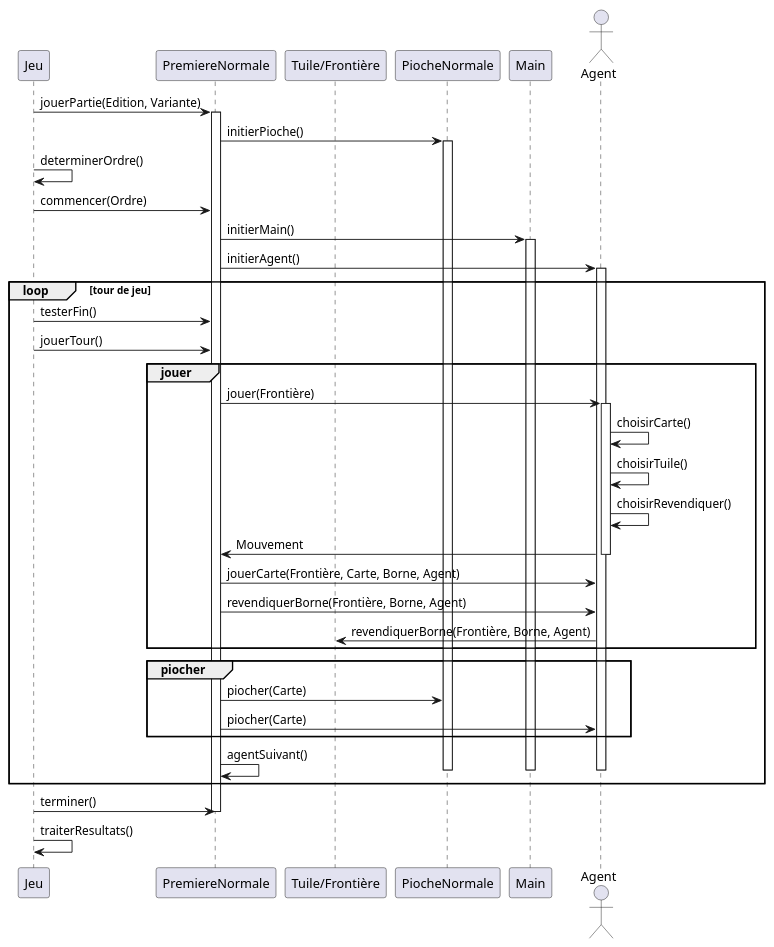
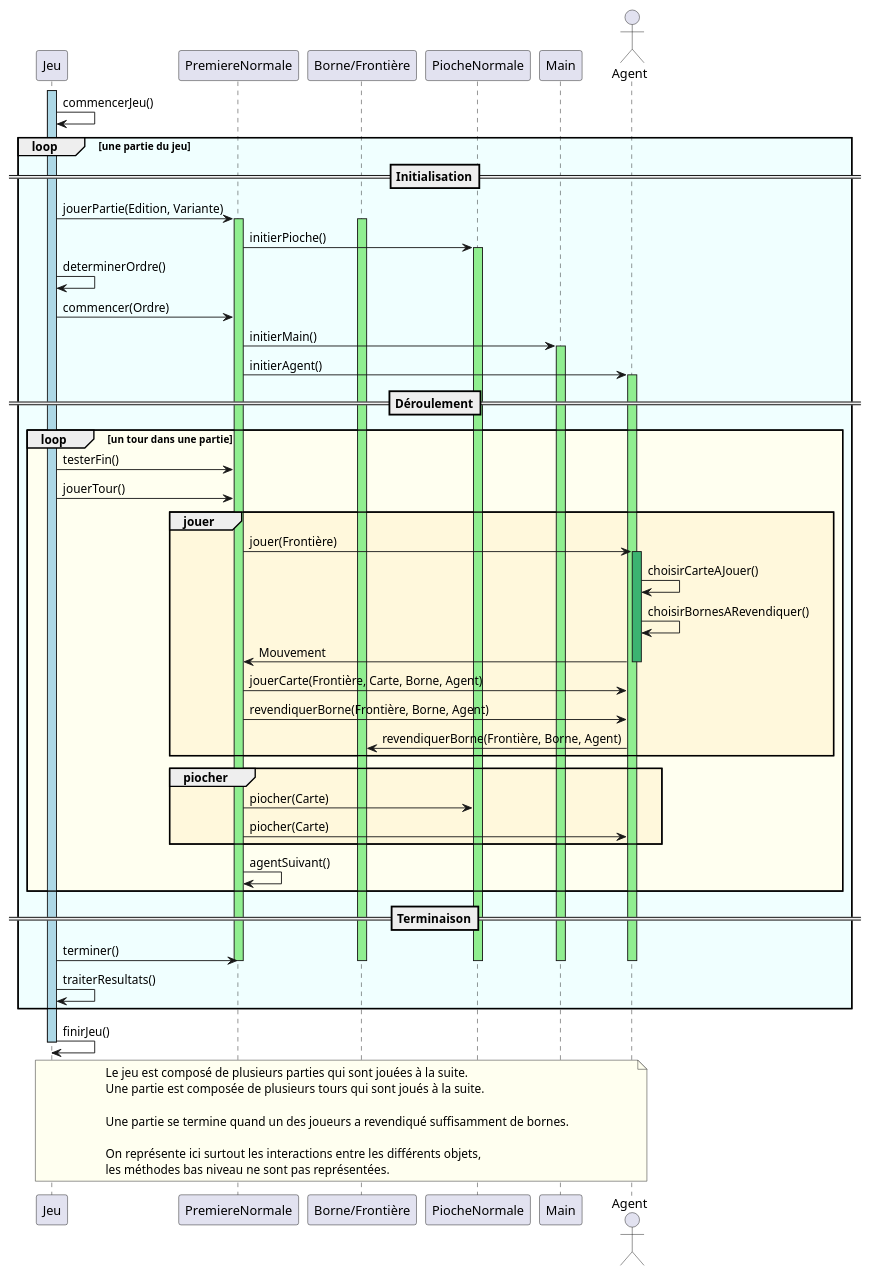
Before and after one commit to Ocean2356/SchottenTotten_OOP-Cpp: the diagram in plantuml/diagrammeDeSéquence.plantuml, drawn with PlantUML.

Commit message:
:memo: PlantUML

```diff
--- a/plantuml/diagrammeDeSéquence.plantuml
+++ b/plantuml/diagrammeDeSéquence.plantuml
@@ -1,54 +1,82 @@
 @startuml diagramme de séquence
 
 skinparam responseMessageBelowArrow true
 
 participant Jeu
 participant PremiereNormale
-participant "Tuile/Frontière" as Tuile
+participant "Borne/Frontière" as Tuile
 participant PiocheNormale
 participant Main
 actor Agent
 
-Jeu -> PremiereNormale: jouerPartie(Edition, Variante)
-activate PremiereNormale
-PremiereNormale -> PiocheNormale: initierPioche()
-activate PiocheNormale
-Jeu -> Jeu: determinerOrdre()
-Jeu -> PremiereNormale: commencer(Ordre)
-PremiereNormale -> Main: initierMain()
-activate Main
-PremiereNormale -> Agent: initierAgent()
-activate Agent
+activate Jeu #LightBlue
+Jeu -> Jeu: commencerJeu()
 
-loop tour de jeu
-    Jeu -> PremiereNormale: testerFin()
-    Jeu -> PremiereNormale: jouerTour()
-    group jouer
-        PremiereNormale -> Agent: jouer(Frontière)
-        activate Agent
-        Agent -> Agent: choisirCarte()
-        Agent -> Agent: choisirTuile()
-        Agent -> Agent: choisirRevendiquer()
-        Agent -> PremiereNormale: Mouvement
-        deactivate Agent
-        PremiereNormale -> Agent: jouerCarte(Frontière, Carte, Borne, Agent)
-        PremiereNormale -> Agent: revendiquerBorne(Frontière, Borne, Agent)
-        Agent -> Tuile: revendiquerBorne(Frontière, Borne, Agent)
-    end
-    
-    group piocher
-        PremiereNormale -> PiocheNormale: piocher(Carte)
-        PremiereNormale -> Agent: piocher(Carte)
+loop #Azure une partie du jeu
+
+==Initialisation==
+
+    Jeu -> PremiereNormale: jouerPartie(Edition, Variante)
+    activate PremiereNormale #LightGreen
+    activate Tuile #LightGreen
+    PremiereNormale -> PiocheNormale: initierPioche()
+    activate PiocheNormale #LightGreen
+    Jeu -> Jeu: determinerOrdre()
+    Jeu -> PremiereNormale: commencer(Ordre)
+    PremiereNormale -> Main: initierMain()
+    activate Main #LightGreen
+    PremiereNormale -> Agent: initierAgent()
+    activate Agent #LightGreen
+
+==Déroulement==
+
+    loop #Ivory un tour dans une partie
+        Jeu -> PremiereNormale: testerFin()
+        Jeu -> PremiereNormale: jouerTour()
+        group #Cornsilk jouer
+            PremiereNormale -> Agent: jouer(Frontière)
+            activate Agent #MediumSeaGreen
+            Agent -> Agent: choisirCarteAJouer()
+            Agent -> Agent: choisirBornesARevendiquer()
+            ' Agent -> Tuile: verifRevendicable(Borne, Agent)
+            Agent -> PremiereNormale: Mouvement
+            deactivate Agent
+            PremiereNormale -> Agent: jouerCarte(Frontière, Carte, Borne, Agent)
+            PremiereNormale -> Agent: revendiquerBorne(Frontière, Borne, Agent)
+            Agent -> Tuile: revendiquerBorne(Frontière, Borne, Agent)
+        end
+
+        group #Cornsilk piocher
+            PremiereNormale -> PiocheNormale: piocher(Carte)
+            PremiereNormale -> Agent: piocher(Carte)
+        end
+
+        PremiereNormale -> PremiereNormale: agentSuivant()
     end
 
-    PremiereNormale -> PremiereNormale: agentSuivant()
+==Terminaison==
+
+    Jeu -> PremiereNormale: terminer()
     deactivate PiocheNormale
     deactivate Main
     deactivate Agent
+    deactivate PremiereNormale
+    deactivate Tuile
+    Jeu -> Jeu: traiterResultats()
+
 end
 
-Jeu -> PremiereNormale: terminer()
-deactivate PremiereNormale
-Jeu -> Jeu: traiterResultats()
+Jeu -> Jeu: finirJeu()
+deactivate Jeu
+
+note across #Ivory
+    Le jeu est composé de plusieurs parties qui sont jouées à la suite.
+    Une partie est composée de plusieurs tours qui sont joués à la suite.
+
+    Une partie se termine quand un des joueurs a revendiqué suffisamment de bornes.
+
+    On représente ici surtout les interactions entre les différents objets,
+    les méthodes bas niveau ne sont pas représentées.
+end note
 
 @enduml
```
